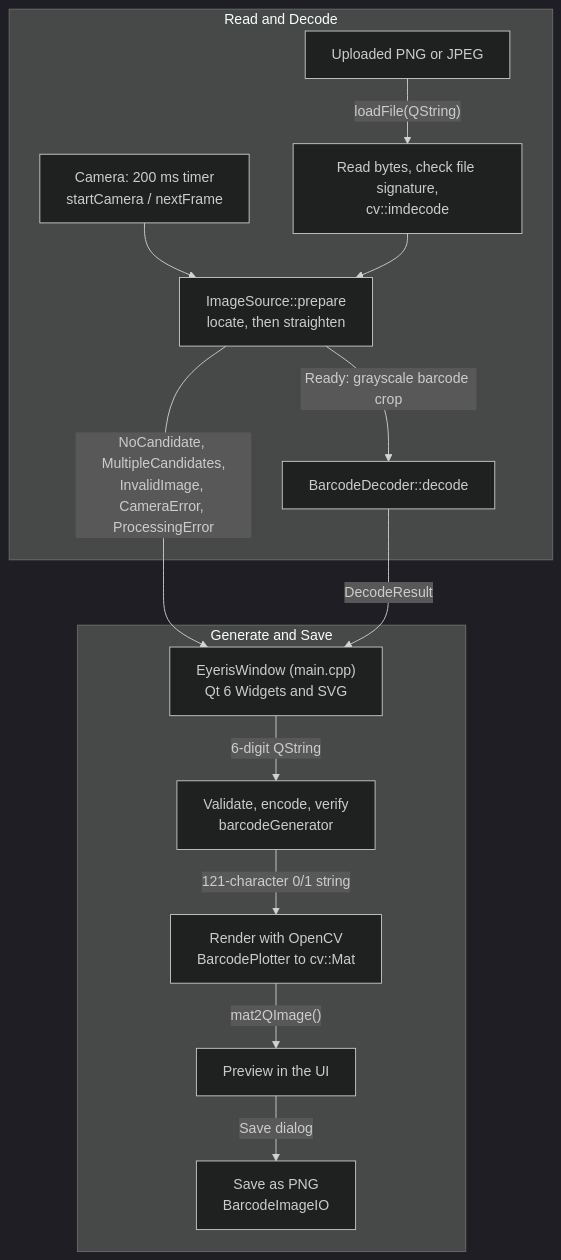
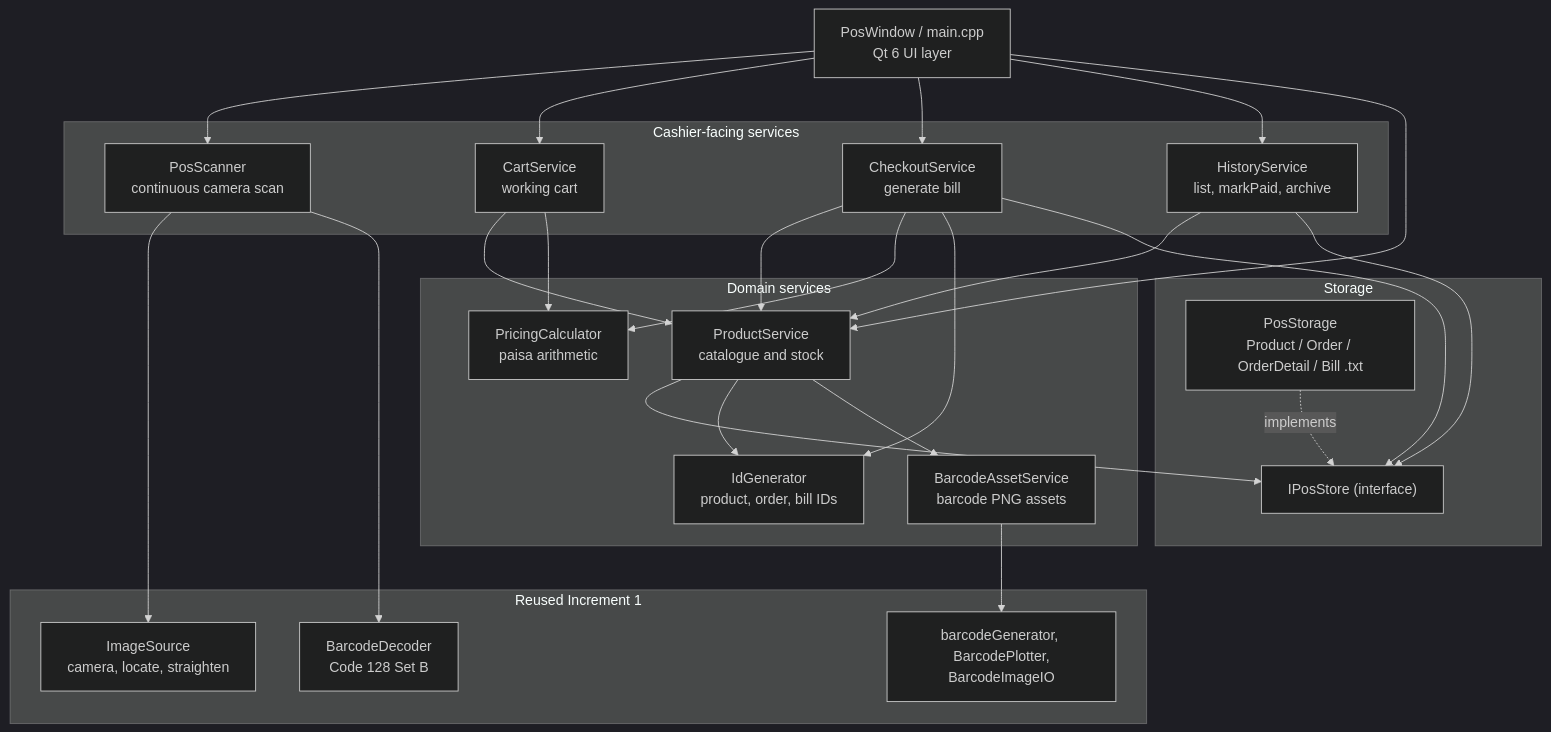
The first of 4 diagrams in README.md (zzaryab912/ISE-Project), drawn with Mermaid (dark theme) before and after one commit. The commit also changed other lines of this file and 6 other files, not shown here.

````diff
--- a/README.md
+++ b/README.md
@@ -153,20 +242,51 @@
 ```mermaid
 flowchart TD
-    UI["EyerisWindow (main.cpp)<br/>Qt 6 Widgets and SVG"]
+    UI["PosWindow / main.cpp<br/>Qt 6 UI layer"]
 
-    subgraph GEN["Generate and Save"]
-        UI -->|"6-digit QString"| VAL["Validate, encode, verify<br/>barcodeGenerator"]
-        VAL -->|"121-character 0/1 string"| PLOT["Render with OpenCV<br/>BarcodePlotter to cv::Mat"]
-        PLOT -->|"mat2QImage()"| PREVIEW["Preview in the UI"]
-        PREVIEW -->|"Save dialog"| SAVE["Save as PNG<br/>BarcodeImageIO"]
+    subgraph FRONT["Cashier-facing services"]
+        SCAN["PosScanner<br/>continuous camera scan"]
+        CART["CartService<br/>working cart"]
+        CHK["CheckoutService<br/>generate bill"]
+        HIST["HistoryService<br/>list, markPaid, archive"]
     end
 
-    subgraph READ["Read and Decode"]
-        FILE["Uploaded PNG or JPEG"] -->|"loadFile(QString)"| LOAD["Read bytes, check file signature,<br/>cv::imdecode"]
-        CAM["Camera: 200 ms timer<br/>startCamera / nextFrame"] --> PREP
-        LOAD --> PREP["ImageSource::prepare<br/>locate, then straighten"]
-        PREP -->|"Ready: grayscale barcode crop"| DEC["BarcodeDecoder::decode"]
-        PREP -->|"NoCandidate, MultipleCandidates,<br/>InvalidImage, CameraError, ProcessingError"| UI
-        DEC -->|"DecodeResult"| UI
+    subgraph CORE["Domain services"]
+        PROD["ProductService<br/>catalogue and stock"]
+        PRICE["PricingCalculator<br/>paisa arithmetic"]
+        IDS["IdGenerator<br/>product, order, bill IDs"]
+        ASSET["BarcodeAssetService<br/>barcode PNG assets"]
     end
+
+    subgraph STORE["Storage"]
+        IPOS["IPosStore (interface)"]
+        POS["PosStorage<br/>Product / Order / OrderDetail / Bill .txt"]
+    end
+
+    subgraph INC1["Reused Increment 1"]
+        SRC["ImageSource<br/>camera, locate, straighten"]
+        DEC["BarcodeDecoder<br/>Code 128 Set B"]
+        GEN["barcodeGenerator, BarcodePlotter,<br/>BarcodeImageIO"]
+    end
+
+    UI --> SCAN
+    UI --> CART
+    UI --> CHK
+    UI --> HIST
+    UI --> PROD
+
+    SCAN --> SRC
+    SCAN --> DEC
+    CART --> PROD
+    CART --> PRICE
+    CHK --> PROD
+    CHK --> PRICE
+    CHK --> IDS
+    CHK --> IPOS
+    HIST --> PROD
+    HIST --> IPOS
+    PROD --> IPOS
+    PROD --> IDS
+    PROD --> ASSET
+    ASSET --> GEN
+    POS -.implements.-> IPOS
 ```
````
